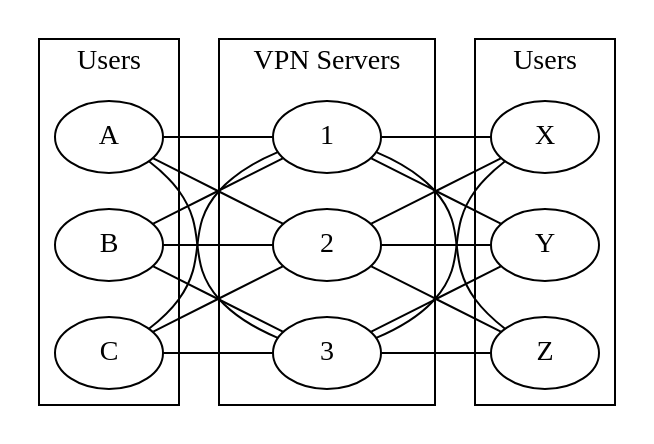
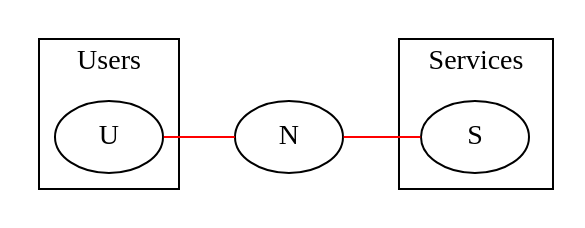
Before and after one commit to Kiyotoko/anonymous-communication-systems: the diagram in graph/vpn.dot, drawn with Graphviz. The commit also changed 10 other files, not shown here.

Commit message:
Include svg graphics

```diff
--- a/graph/vpn.dot
+++ b/graph/vpn.dot
@@ -1,25 +1,25 @@
 graph {
 	rankdir=LR
-	{B C A} -- {3 1 2} -- {Z X Y}
+
+	{U} -- {N} -- {S} [color=red]
 	
 	subgraph {
 		cluster=true
 		label="Users"
 	
-		A B C
+		U
 	}
 	
 	subgraph {
 		cluster=true
-		label="VPN Servers"
+		label="Services"
 	
-		1 2 3
+		S
 	}
 	
 	subgraph {
-		cluster=true
-		label="Users"
+		label="VPN Nodes"
 	
-		X Y Z
+		N
 	}
 }
```
